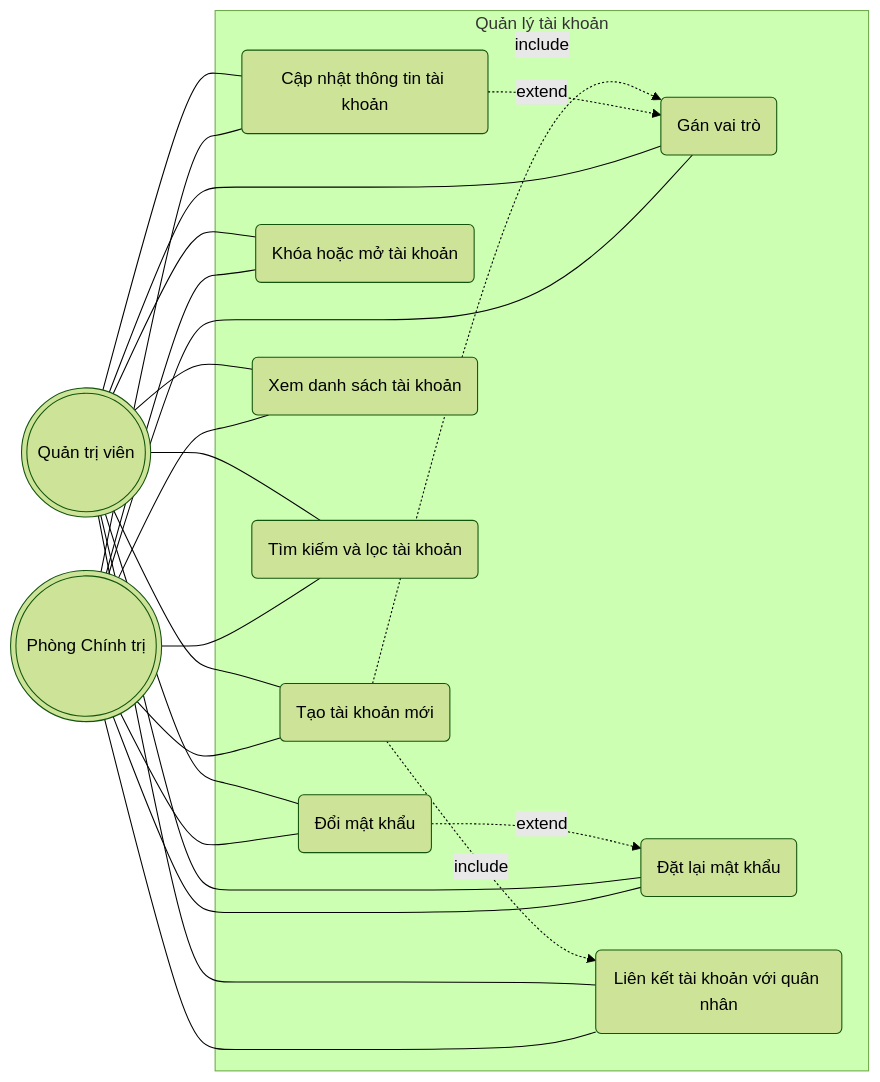
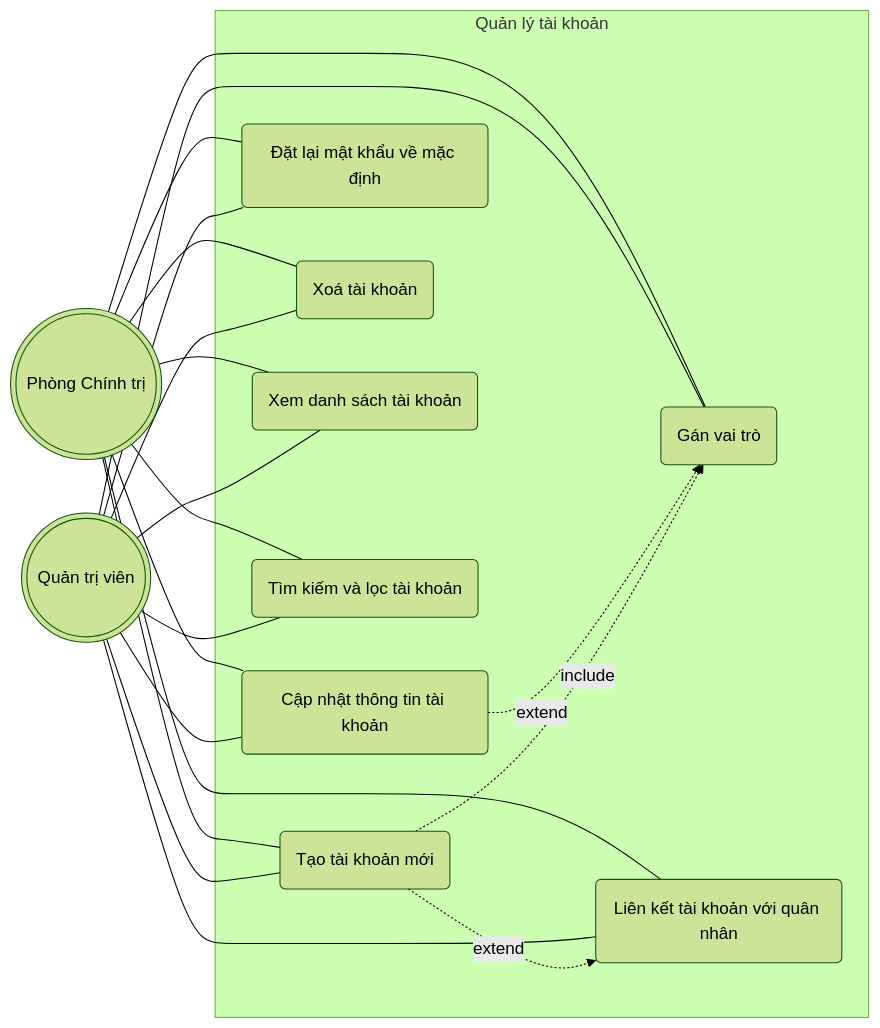
The second of 15 diagrams in docs/diagrams/01-use-case.md (tranducbk/DATN_PM_QLKT), drawn with Mermaid (forest theme) before and after one commit. The commit also changed other lines of this file and 29 other files, not shown here.

First line of the commit message:
Update CLAUDE.md with additional validation rules and introduce new database schema

````diff
--- a/docs/diagrams/01-use-case.md
+++ b/docs/diagrams/01-use-case.md
@@ -94,42 +95,38 @@
 ```mermaid
 flowchart LR
     SA(((Quản trị viên)))
     AD(((Phòng Chính trị)))
 
     subgraph SYS[Quản lý tài khoản]
         UC1(Tạo tài khoản mới)
         UC2(Cập nhật thông tin tài khoản)
-        UC3(Khóa hoặc mở tài khoản)
-        UC4(Đổi mật khẩu)
+        UC3(Đặt lại mật khẩu về mặc định)
+        UC4(Xoá tài khoản)
         UC5(Gán vai trò)
-        UC6(Đặt lại mật khẩu)
-        UC7(Xem danh sách tài khoản)
-        UC8(Tìm kiếm và lọc tài khoản)
-        UC9(Liên kết tài khoản với quân nhân)
+        UC6(Xem danh sách tài khoản)
+        UC7(Tìm kiếm và lọc tài khoản)
+        UC8(Liên kết tài khoản với quân nhân)
 
         UC1 -.->|include| UC5
-        UC1 -.->|include| UC9
+        UC1 -.->|extend| UC8
         UC2 -.->|extend| UC5
-        UC4 -.->|extend| UC6
     end
 
     SA --- UC1
     SA --- UC2
     SA --- UC3
     SA --- UC4
     SA --- UC5
     SA --- UC6
     SA --- UC7
     SA --- UC8
-    SA --- UC9
 
     AD --- UC1
     AD --- UC2
     AD --- UC3
     AD --- UC4
     AD --- UC5
     AD --- UC6
     AD --- UC7
     AD --- UC8
-    AD --- UC9
 ```
````
